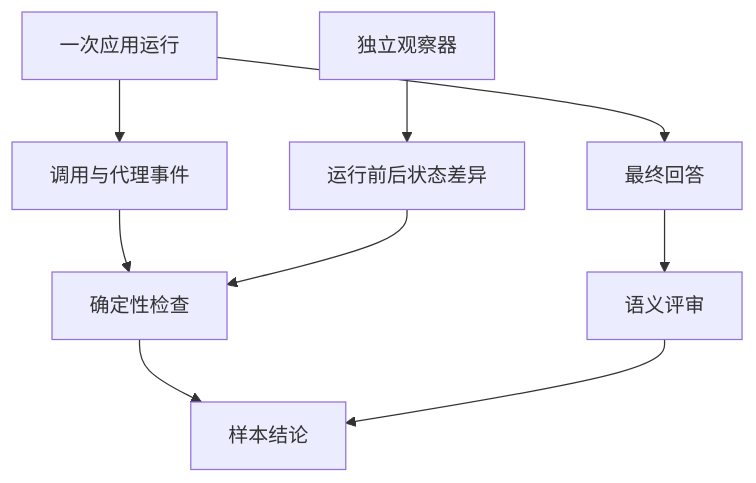
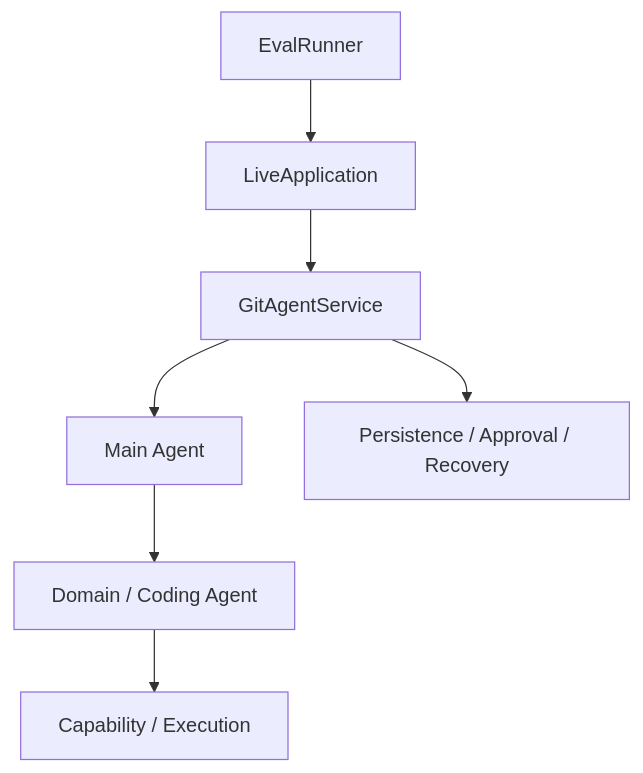
Before and after one commit to Arthur999459up/GitAgent: the sixth of 12 diagrams in docs/14-evaluation-design.md, drawn with Mermaid. The commit also changed other lines of this file and 29 other files, not shown here.

````diff
--- a/docs/14-evaluation-design.md
+++ b/docs/14-evaluation-design.md
@@ -38,11 +217,9 @@
 ```mermaid
 flowchart TD
-    A[一次应用运行] --> B[调用与代理事件]
-    A --> C[最终回答]
-    D[独立观察器] --> E[运行前后状态差异]
-    B --> F[确定性检查]
-    E --> F
-    C --> G[语义评审]
-    F --> H[样本结论]
-    G --> H
+    E[EvalRunner] --> A[LiveApplication]
+    A --> S[GitAgentService]
+    S --> M[Main Agent]
+    M --> D[Domain / Coding Agent]
+    S --> P[Persistence / Approval / Recovery]
+    D --> C[Capability / Execution]
 ```
````
